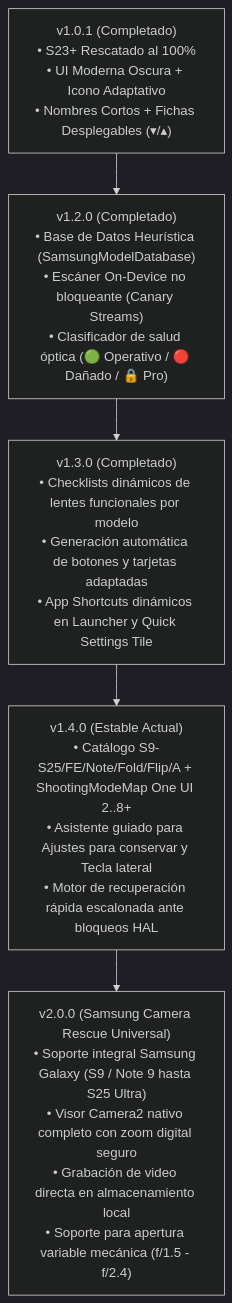
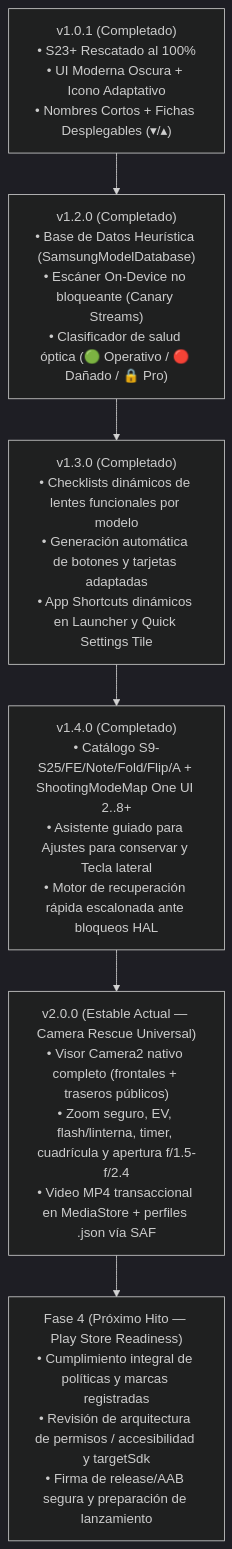
The diagram in docs/ROADMAP.md (benedetto597/camera-rescue), drawn with Mermaid (dark theme) before and after one commit. The commit also changed other lines of this file and 4 other files, not shown here.

Commit message:
docs: document v2.0.0 universal Camera2 viewer, MP4 recording, SAF JSON profiles, and signed APK

````diff
--- a/docs/ROADMAP.md
+++ b/docs/ROADMAP.md
@@ -11,17 +11,20 @@
 ```mermaid
 flowchart TD
     v101["v1.0.1 (Completado)<br/>• S23+ Rescatado al 100%<br/>• UI Moderna Oscura + Icono Adaptativo<br/>• Nombres Cortos + Fichas Desplegables (▾/▴)"]
     
     v120["v1.2.0 (Completado)<br/>• Base de Datos Heurística (SamsungModelDatabase)<br/>• Escáner On-Device no bloqueante (Canary Streams)<br/>• Clasificador de salud óptica (🟢 Operativo / 🔴 Dañado / 🔒 Pro)"]
     
     v130["v1.3.0 (Completado)<br/>• Checklists dinámicos de lentes funcionales por modelo<br/>• Generación automática de botones y tarjetas adaptadas<br/>• App Shortcuts dinámicos en Launcher y Quick Settings Tile"]
     
-    v140["v1.4.0 (Estable Actual)<br/>• Catálogo S9-S25/FE/Note/Fold/Flip/A + ShootingModeMap One UI 2..8+<br/>• Asistente guiado para Ajustes para conservar y Tecla lateral<br/>• Motor de recuperación rápida escalonada ante bloqueos HAL"]
+    v140["v1.4.0 (Completado)<br/>• Catálogo S9-S25/FE/Note/Fold/Flip/A + ShootingModeMap One UI 2..8+<br/>• Asistente guiado para Ajustes para conservar y Tecla lateral<br/>• Motor de recuperación rápida escalonada ante bloqueos HAL"]
     
-    v200["v2.0.0 (Samsung Camera Rescue Universal)<br/>• Soporte integral Samsung Galaxy (S9 / Note 9 hasta S25 Ultra)<br/>• Visor Camera2 nativo completo con zoom digital seguro<br/>• Grabación de video directa en almacenamiento local<br/>• Soporte para apertura variable mecánica (f/1.5 - f/2.4)"]
+    v200["v2.0.0 (Estable Actual — Camera Rescue Universal)<br/>• Visor Camera2 nativo completo (frontales + traseros públicos)<br/>• Zoom seguro, EV, flash/linterna, timer, cuadrícula y apertura f/1.5-f/2.4<br/>• Video MP4 transaccional en MediaStore + perfiles .json vía SAF"]
+
+    vnext["Fase 4 (Próximo Hito — Play Store Readiness)<br/>• Cumplimiento integral de políticas y marcas registradas<br/>• Revisión de arquitectura de permisos / accesibilidad y targetSdk<br/>• Firma de release/AAB segura y preparación de lanzamiento"]
 
     v101 --> v120
     v120 --> v130
     v130 --> v140
     v140 --> v200
+    v200 --> vnext
 ```
````
